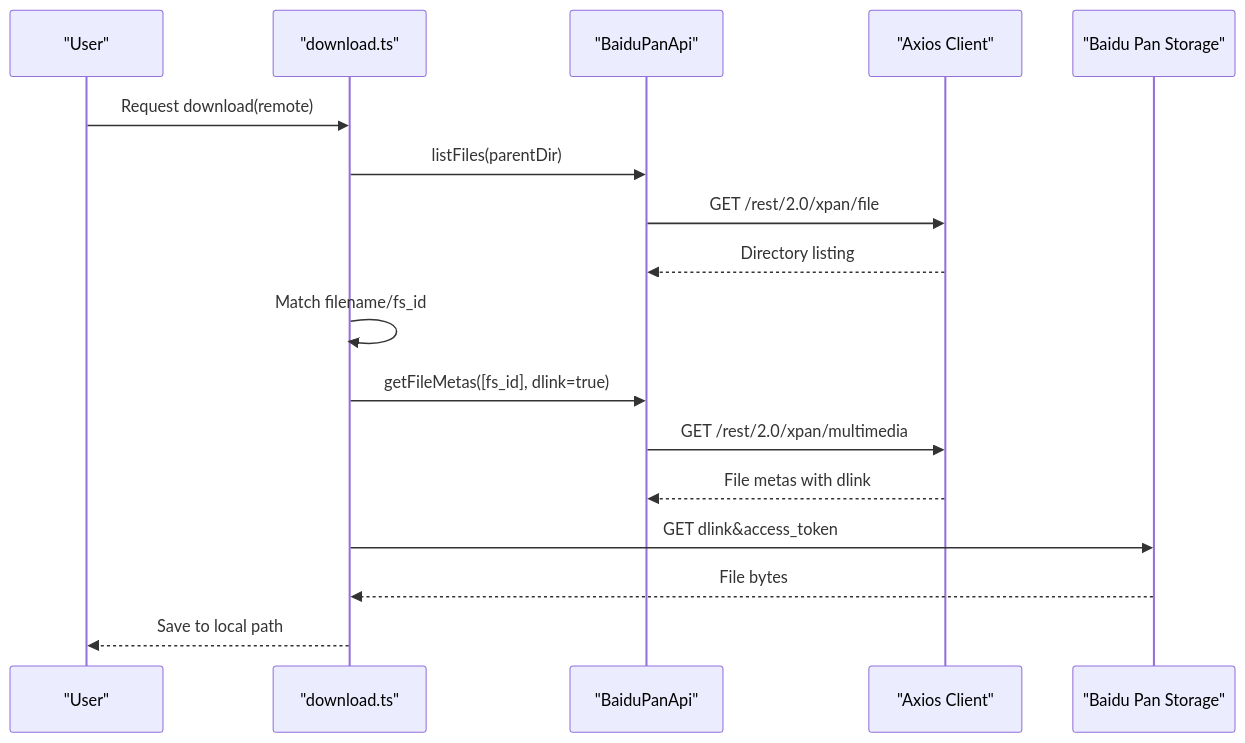
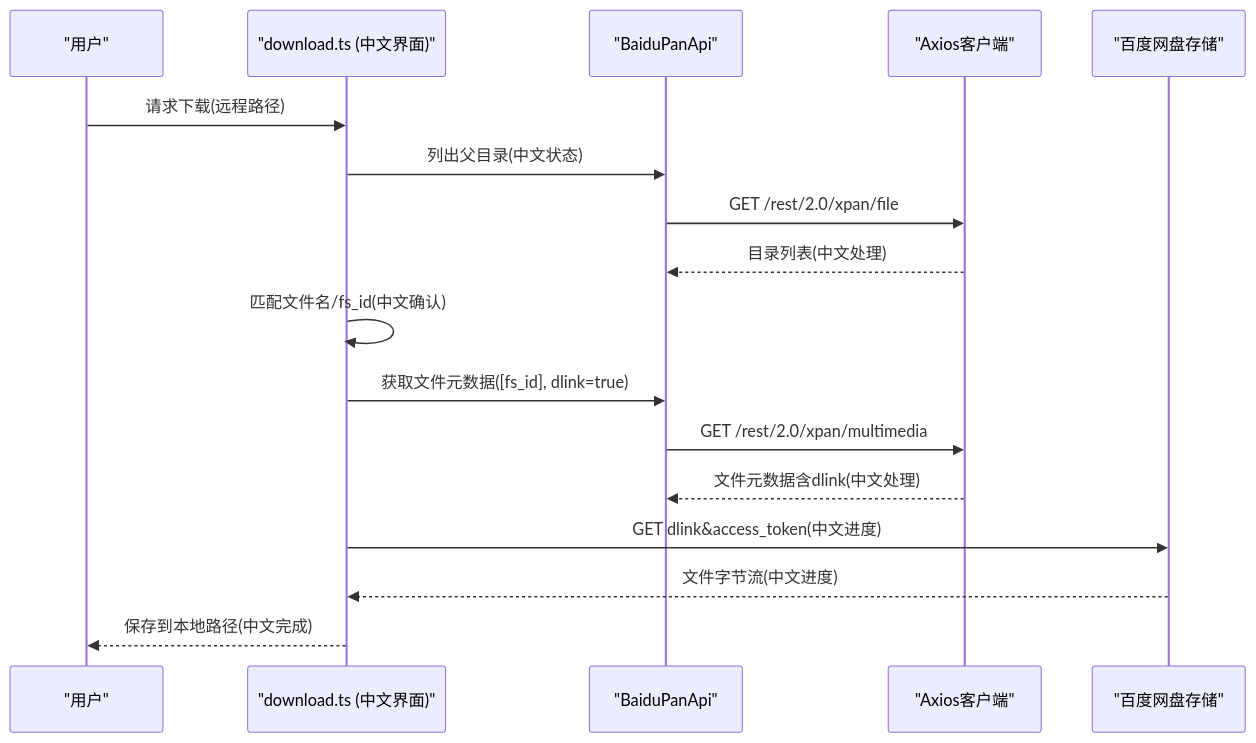
The fifth of 7 diagrams in .qoder/repowiki/en/content/Project Overview.md (yuexiaoliang/baiduwangpan-manager), drawn with Mermaid before and after one commit. The commit also changed other lines of this file and 30 other files, not shown here.

````diff
--- a/.qoder/repowiki/en/content/Project Overview.md
+++ b/.qoder/repowiki/en/content/Project Overview.md
@@ -278,19 +304,19 @@
 ```mermaid
 sequenceDiagram
-participant User as "User"
-participant DL as "download.ts"
+participant User as "用户"
+participant DL as "download.ts (中文界面)"
 participant API as "BaiduPanApi"
-participant Client as "Axios Client"
-participant Storage as "Baidu Pan Storage"
-User->>DL : Request download(remote)
-DL->>API : listFiles(parentDir)
+participant Client as "Axios客户端"
+participant Storage as "百度网盘存储"
+User->>DL : 请求下载(远程路径)
+DL->>API : 列出父目录(中文状态)
 API->>Client : GET /rest/2.0/xpan/file
-Client-->>API : Directory listing
-DL->>DL : Match filename/fs_id
-DL->>API : getFileMetas([fs_id], dlink=true)
+Client-->>API : 目录列表(中文处理)
+DL->>DL : 匹配文件名/fs_id(中文确认)
+DL->>API : 获取文件元数据([fs_id], dlink=true)
 API->>Client : GET /rest/2.0/xpan/multimedia
-Client-->>API : File metas with dlink
-DL->>Storage : GET dlink&access_token
-Storage-->>DL : File bytes
-DL-->>User : Save to local path
+Client-->>API : 文件元数据含dlink(中文处理)
+DL->>Storage : GET dlink&access_token(中文进度)
+Storage-->>DL : 文件字节流(中文进度)
+DL-->>User : 保存到本地路径(中文完成)
 ```
````
